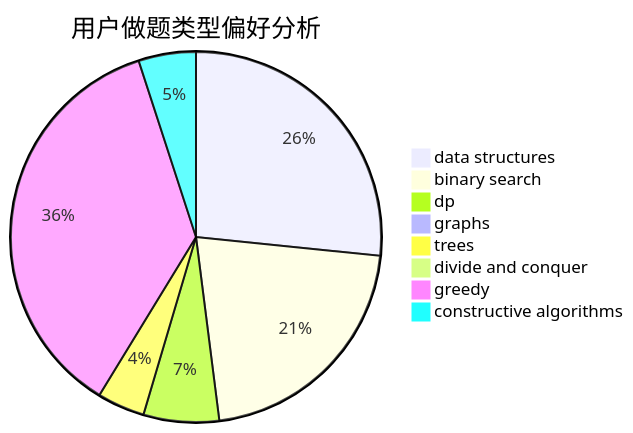
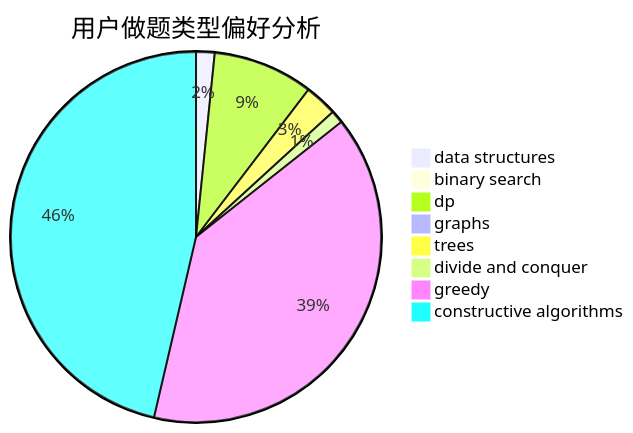
One commit to sherpahu/cfrs.github.io changed the second of 3 diagrams in docs/user/u2058.md. Above: the diagram before and after it, drawn with Mermaid. The commit also changed other lines of this file and 2770 other files, not shown here.

````diff
--- a/docs/user/u2058.md
+++ b/docs/user/u2058.md
@@ -23,11 +23,11 @@
 ```mermaid
 pie title 用户做题类型偏好分析
-    "data structures" :  218
-    "binary search" :  175
-    "dp" :  54
-    "graphs" :  2
-    "trees" :  34
-    "divide and conquer" :  5
-    "greedy" :  297
-    "constructive algorithms" :  41
+    "data structures" :  20
+    "binary search" :  6
+    "dp" :  108
+    "graphs" :  11
+    "trees" :  35
+    "divide and conquer" :  14
+    "greedy" :  485
+    "constructive algorithms" :  572
 ```
````
